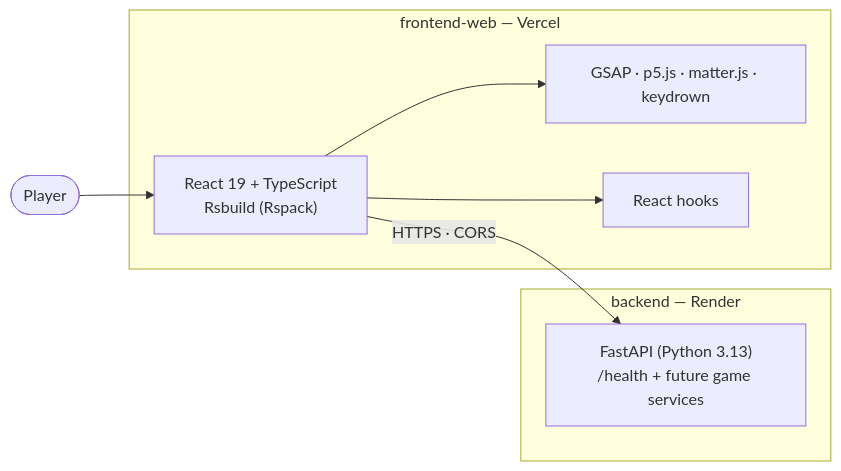
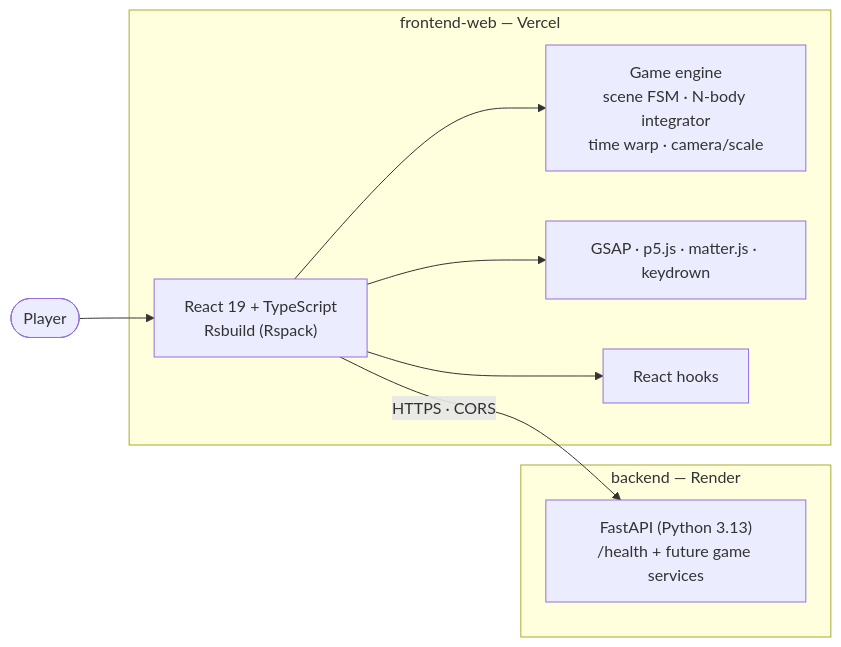
The first of 2 diagrams in docs/technical_architecture.md (Team-Neural-Forge/nasa-explorer), drawn with Mermaid before and after one commit. The commit also changed other lines of this file and 4 other files, not shown here.

Commit message:
docs: align overview, architecture, data, and timeline with new vision

````diff
--- a/docs/technical_architecture.md
+++ b/docs/technical_architecture.md
@@ -5,16 +5,17 @@
 ```mermaid
 flowchart LR
     Player(["Player"]) --> FE
 
     subgraph Frontend["frontend-web — Vercel"]
         FE["React 19 + TypeScript<br/>Rsbuild (Rspack)"]
+        FE --> ENGINE["Game engine<br/>scene FSM · N-body integrator<br/>time warp · camera/scale"]
         FE --> LIB["GSAP · p5.js · matter.js · keydrown"]
         FE --> HOOKS["React hooks"]
     end
 
     FE -->|"HTTPS · CORS"| BE
 
     subgraph Backend["backend — Render"]
         BE["FastAPI (Python 3.13)<br/>/health + future game services"]
     end
 ```
````
